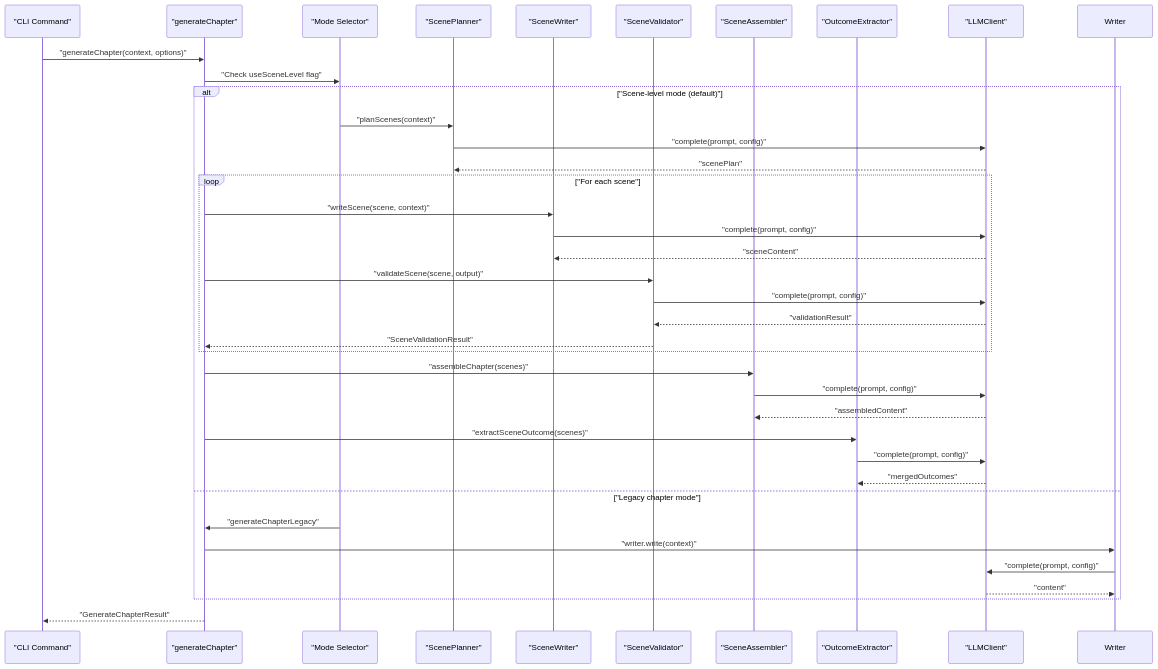
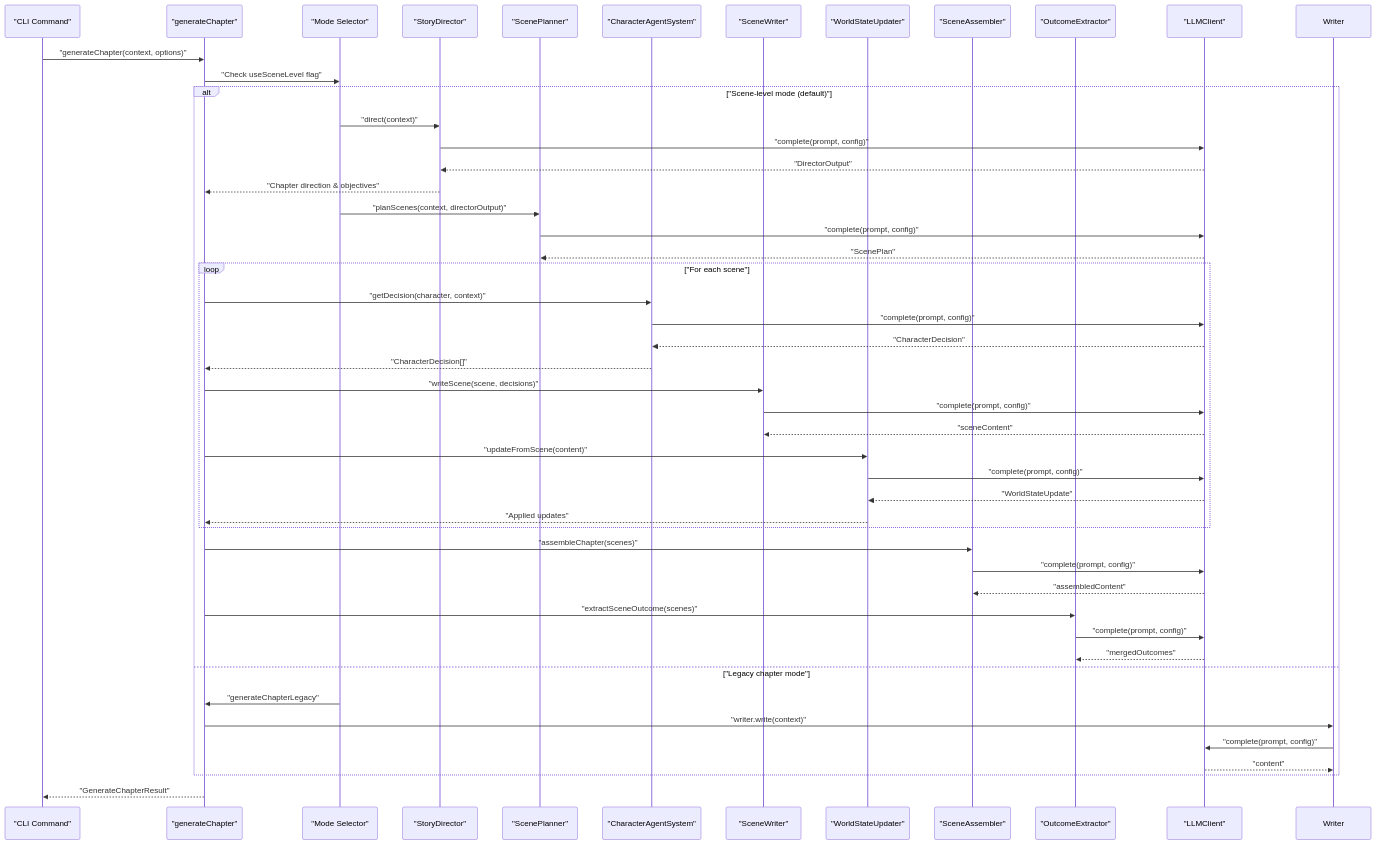
Before and after one commit to liwonder/NARRITIVE_OS: the second of 4 diagrams in .qoder/repowiki/en/content/Engine Architecture/Generation Pipeline.md, drawn with Mermaid. The commit also changed other lines of this file and 12 other files, not shown here.

Commit message:
dynamic scenePlanner for chapters

````diff
--- a/.qoder/repowiki/en/content/Engine Architecture/Generation Pipeline.md
+++ b/.qoder/repowiki/en/content/Engine Architecture/Generation Pipeline.md
@@ -168,40 +207,50 @@
 ```mermaid
 sequenceDiagram
 participant CLI as "CLI Command"
 participant Engine as "generateChapter"
 participant Mode as "Mode Selector"
-participant ScenePlan as "ScenePlanner"
+participant Director as "StoryDirector"
+participant Planner as "ScenePlanner"
+participant Agents as "CharacterAgentSystem"
 participant SceneGen as "SceneWriter"
-participant SceneVal as "SceneValidator"
+participant WorldUpd as "WorldStateUpdater"
 participant Assembler as "SceneAssembler"
 participant Outcome as "OutcomeExtractor"
 participant LLM as "LLMClient"
 CLI->>Engine : "generateChapter(context, options)"
 Engine->>Mode : "Check useSceneLevel flag"
 alt "Scene-level mode (default)"
-Mode->>ScenePlan : "planScenes(context)"
-ScenePlan->>LLM : "complete(prompt, config)"
-LLM-->>ScenePlan : "scenePlan"
+Mode->>Director : "direct(context)"
+Director->>LLM : "complete(prompt, config)"
+LLM-->>Director : "DirectorOutput"
+Director-->>Engine : "Chapter direction & objectives"
+Mode->>Planner : "planScenes(context, directorOutput)"
+Planner->>LLM : "complete(prompt, config)"
+LLM-->>Planner : "ScenePlan"
 loop "For each scene"
-Engine->>SceneGen : "writeScene(scene, context)"
+Engine->>Agents : "getDecision(character, context)"
+Agents->>LLM : "complete(prompt, config)"
+LLM-->>Agents : "CharacterDecision"
+Agents-->>Engine : "CharacterDecision[]"
+Engine->>SceneGen : "writeScene(scene, decisions)"
 SceneGen->>LLM : "complete(prompt, config)"
 LLM-->>SceneGen : "sceneContent"
-Engine->>SceneVal : "validateScene(scene, output)"
-SceneVal->>LLM : "complete(prompt, config)"
-LLM-->>SceneVal : "validationResult"
-SceneVal-->>Engine : "SceneValidationResult"
+Engine->>WorldUpd : "updateFromScene(content)"
+WorldUpd->>LLM : "complete(prompt, config)"
+LLM-->>WorldUpd : "WorldStateUpdate"
+WorldUpd-->>Engine : "Applied updates"
 end
 Engine->>Assembler : "assembleChapter(scenes)"
 Assembler->>LLM : "complete(prompt, config)"
 LLM-->>Assembler : "assembledContent"
 Engine->>Outcome : "extractSceneOutcome(scenes)"
 Outcome->>LLM : "complete(prompt, config)"
 LLM-->>Outcome : "mergedOutcomes"
 else "Legacy chapter mode"
 Mode->>Engine : "generateChapterLegacy"
 Engine->>Writer : "writer.write(context)"
 Writer->>LLM : "complete(prompt, config)"
 LLM-->>Writer : "content"
 end
 Engine-->>CLI : "GenerateChapterResult"
 ```
````
